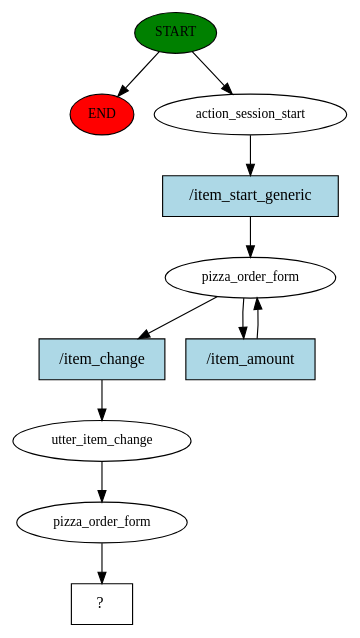
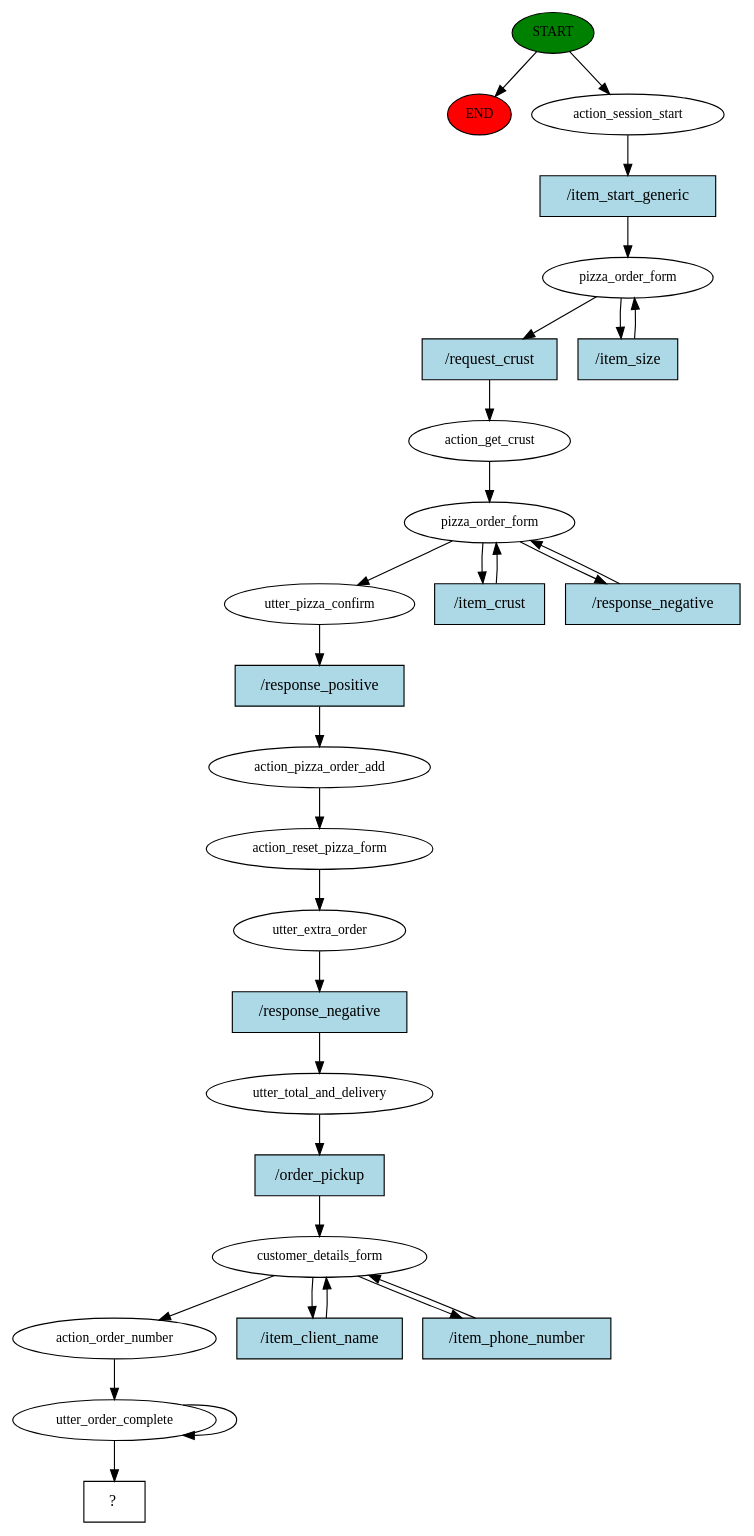
The diagram in story_graph.dot (pasterzewa/HMD-PizzaBot-project), drawn with Graphviz before and after one commit. The commit also changed 93 other files, not shown here.

```diff
--- a/story_graph.dot
+++ b/story_graph.dot
@@ -1,22 +1,57 @@
 digraph  {
 0 [class="start active", fillcolor=green, fontsize=12, label=START, style=filled];
 "-1" [class=end, fillcolor=red, fontsize=12, label=END, style=filled];
 1 [class=active, fontsize=12, label=action_session_start];
 2 [class=active, fontsize=12, label=pizza_order_form];
-4 [class=active, fontsize=12, label=utter_item_change];
+4 [class=active, fontsize=12, label=action_get_crust];
 5 [class=active, fontsize=12, label=pizza_order_form];
-6 [class="intent dashed active", label="  ?  ", shape=rect];
-7 [class="intent active", fillcolor=lightblue, label="/item_start_generic", shape=rect, style=filled];
-8 [class="intent active", fillcolor=lightblue, label="/item_change", shape=rect, style=filled];
-9 [class="intent active", fillcolor=lightblue, label="/item_amount", shape=rect, style=filled];
+8 [class=active, fontsize=12, label=utter_pizza_confirm];
+9 [class=active, fontsize=12, label=action_pizza_order_add];
+10 [class=active, fontsize=12, label=action_reset_pizza_form];
+11 [class=active, fontsize=12, label=utter_extra_order];
+12 [class=active, fontsize=12, label=utter_total_and_delivery];
+13 [class=active, fontsize=12, label=customer_details_form];
+16 [class=active, fontsize=12, label=action_order_number];
+17 [class=active, fontsize=12, label=utter_order_complete];
+19 [class="intent dashed active", label="  ?  ", shape=rect];
+20 [class="intent active", fillcolor=lightblue, label="/item_start_generic", shape=rect, style=filled];
+21 [class="intent active", fillcolor=lightblue, label="/request_crust", shape=rect, style=filled];
+22 [class="intent active", fillcolor=lightblue, label="/item_size", shape=rect, style=filled];
+23 [class="intent active", fillcolor=lightblue, label="/item_crust", shape=rect, style=filled];
+24 [class="intent active", fillcolor=lightblue, label="/response_negative", shape=rect, style=filled];
+25 [class="intent active", fillcolor=lightblue, label="/response_positive", shape=rect, style=filled];
+26 [class="intent active", fillcolor=lightblue, label="/response_negative", shape=rect, style=filled];
+27 [class="intent active", fillcolor=lightblue, label="/order_pickup", shape=rect, style=filled];
+28 [class="intent active", fillcolor=lightblue, label="/item_client_name", shape=rect, style=filled];
+29 [class="intent active", fillcolor=lightblue, label="/item_phone_number", shape=rect, style=filled];
 0 -> "-1"  [class="", key=NONE, label=""];
 0 -> 1  [class=active, key=NONE, label=""];
-1 -> 7  [class=active, key=0];
-2 -> 8  [class=active, key=0];
-2 -> 9  [class=active, key=0];
+1 -> 20  [class=active, key=0];
+2 -> 21  [class=active, key=0];
+2 -> 22  [class=active, key=0];
 4 -> 5  [class=active, key=NONE, label=""];
-5 -> 6  [class=active, key=NONE, label=""];
-7 -> 2  [class=active, key=0];
-8 -> 4  [class=active, key=0];
-9 -> 2  [class=active, key=0];
+5 -> 8  [class=active, key=NONE, label=""];
+5 -> 23  [class=active, key=0];
+5 -> 24  [class=active, key=0];
+8 -> 25  [class=active, key=0];
+9 -> 10  [class=active, key=NONE, label=""];
+10 -> 11  [class=active, key=NONE, label=""];
+11 -> 26  [class=active, key=0];
+12 -> 27  [class=active, key=0];
+13 -> 16  [class=active, key=NONE, label=""];
+13 -> 28  [class=active, key=0];
+13 -> 29  [class=active, key=0];
+16 -> 17  [class=active, key=NONE, label=""];
+17 -> 19  [class=active, key=NONE, label=""];
+17 -> 17  [class=active, key=NONE, label=""];
+20 -> 2  [class=active, key=0];
+21 -> 4  [class=active, key=0];
+22 -> 2  [class=active, key=0];
+23 -> 5  [class=active, key=0];
+24 -> 5  [class=active, key=0];
+25 -> 9  [class=active, key=0];
+26 -> 12  [class=active, key=0];
+27 -> 13  [class=active, key=0];
+28 -> 13  [class=active, key=0];
+29 -> 13  [class=active, key=0];
 }
```
